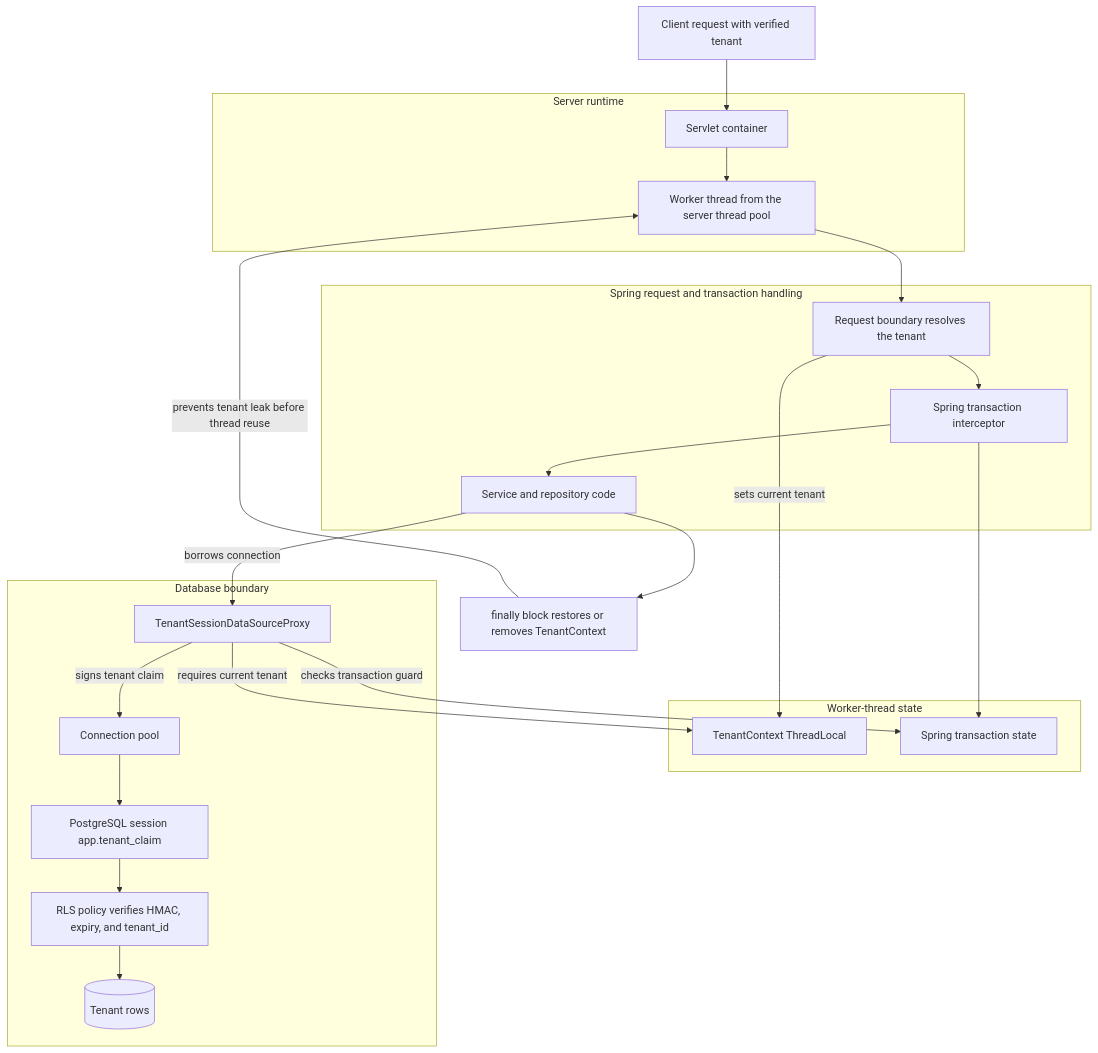
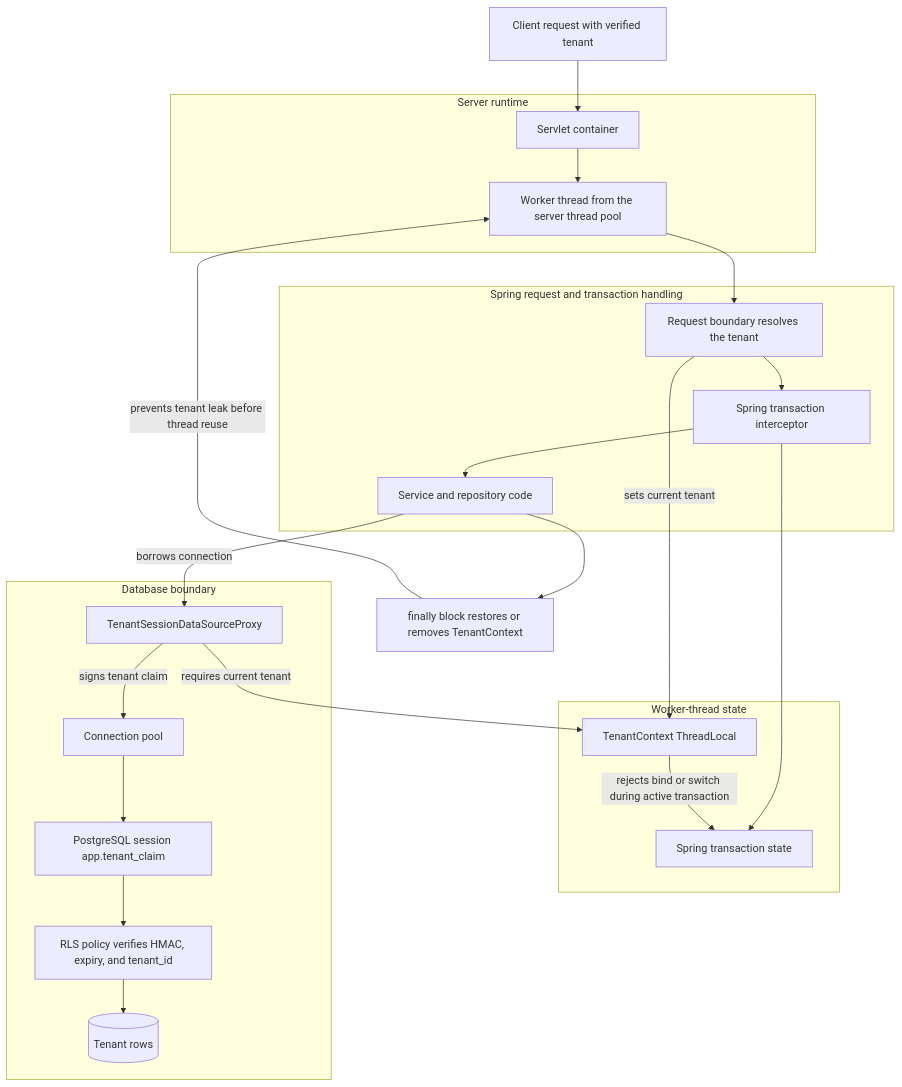
The diagram in tenant-isolation/docs/thread-context-protection.md (joshuamatosdev/java-security-toolkit), drawn with Mermaid before and after one commit. The commit also changed other lines of this file and 86 other files, not shown here.

````diff
--- a/tenant-isolation/docs/thread-context-protection.md
+++ b/tenant-isolation/docs/thread-context-protection.md
@@ -65,41 +65,41 @@
 ```mermaid
 flowchart TB
     client[Client request with verified tenant]
 
     subgraph server[Server runtime]
         servlet[Servlet container]
         worker[Worker thread from the server thread pool]
     end
 
     subgraph spring[Spring request and transaction handling]
         boundary[Request boundary resolves the tenant]
         tx[Spring transaction interceptor]
         repository[Service and repository code]
     end
 
     subgraph thread[Worker-thread state]
         tenantContext[TenantContext ThreadLocal]
         txState[Spring transaction state]
     end
 
     subgraph database[Database boundary]
         proxy[TenantSessionDataSourceProxy]
         pool[Connection pool]
         session[PostgreSQL session app.tenant_claim]
         rls[RLS policy verifies HMAC, expiry, and tenant_id]
         rows[(Tenant rows)]
     end
 
     cleanup[finally block restores or removes TenantContext]
 
     client --> servlet --> worker --> boundary
     boundary -->|sets current tenant| tenantContext
     boundary --> tx --> repository
     tx --> txState
     repository -->|borrows connection| proxy
     proxy -->|requires current tenant| tenantContext
-    proxy -->|checks transaction guard| txState
+    tenantContext -->|rejects bind or switch during active transaction| txState
     proxy -->|signs tenant claim| pool --> session --> rls --> rows
     repository --> cleanup
     cleanup -->|prevents tenant leak before thread reuse| worker
 ```
````
